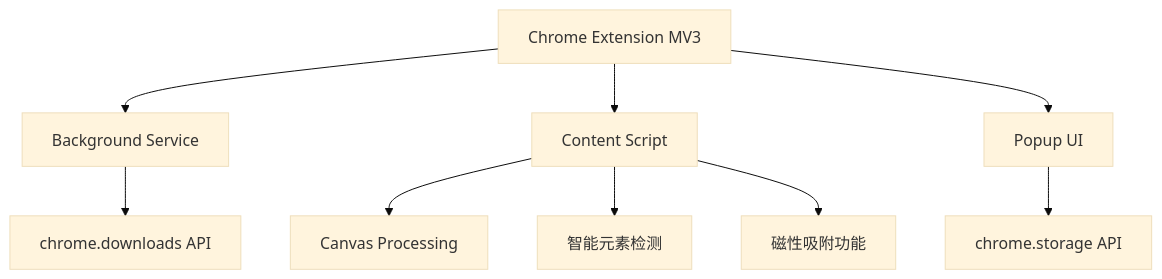
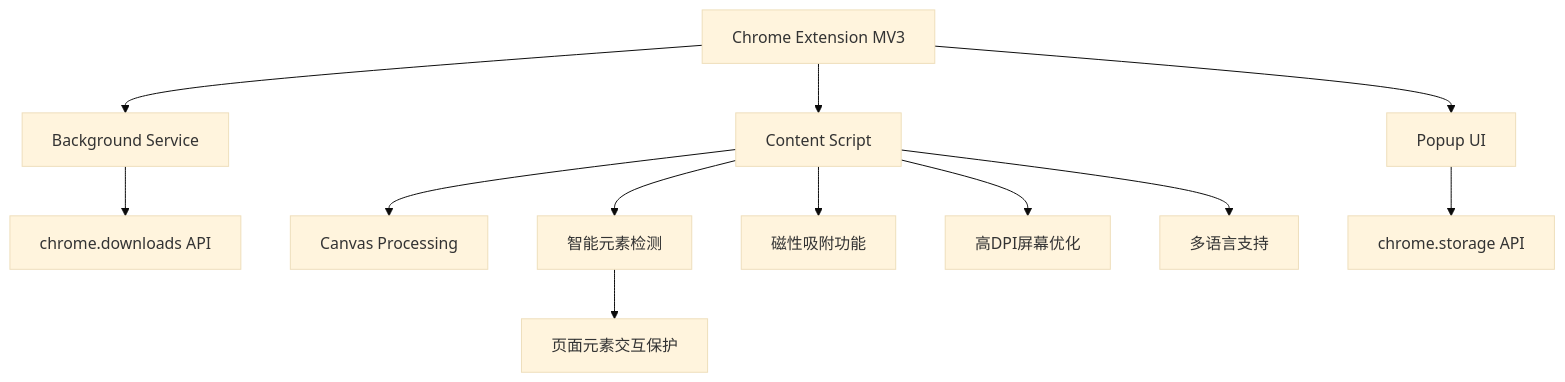
The diagram in readme.md (zhushen12580/smart-screenshot), drawn with Mermaid (base theme) before and after one commit. The commit also changed other lines of this file and 1 other file, not shown here.

First line of the commit message:
feat(content): 增加事件阻止层以保护截图状态

````diff
--- a/readme.md
+++ b/readme.md
@@ -79,11 +90,14 @@
 ```mermaid
 graph TD
     A[Chrome Extension MV3] --> B[Background Service]
     A --> C[Content Script]
     A --> D[Popup UI]
     B --> E[chrome.downloads API]
     C --> F[Canvas Processing]
     D --> G[chrome.storage API]
     C --> H[智能元素检测]
+    H --> L[页面元素交互保护]
     C --> I[磁性吸附功能]
+    C --> J[高DPI屏幕优化]
+    C --> K[多语言支持]
 ```
````
